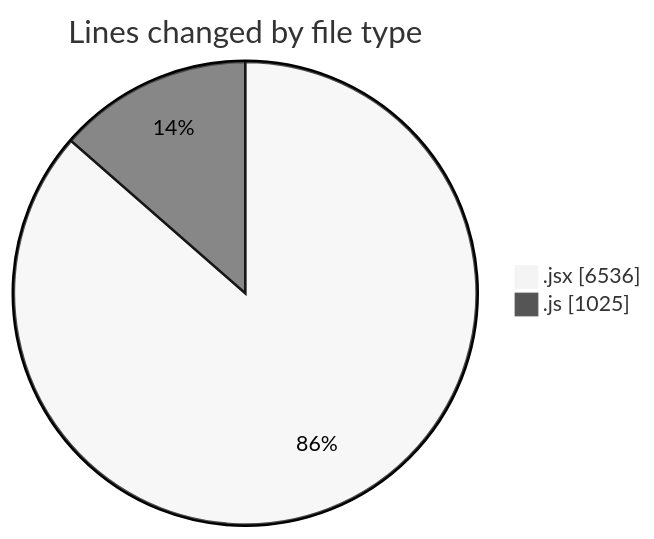
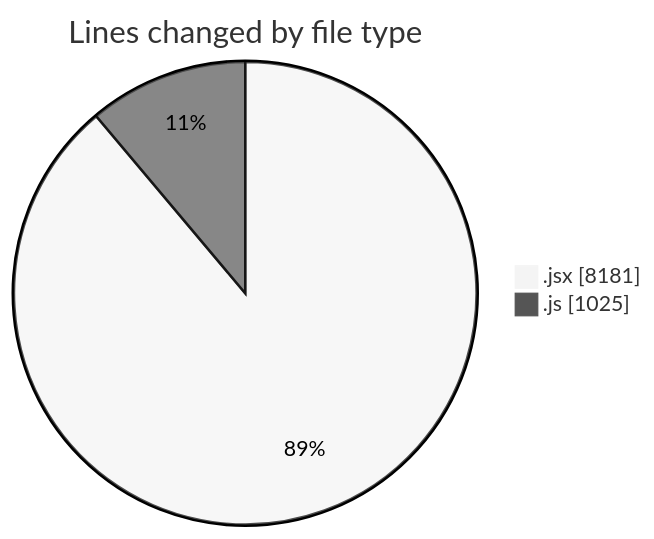
One commit to nxtqubesakshisongat/code-tracking changed the first of 2 diagrams in 2025-07-21/nxtqube_webapp/README.md. Above: the diagram before and after it, drawn with Mermaid (neutral theme). The commit also changed other lines of this file and 1 other file, not shown here.

````diff
--- a/2025-07-21/nxtqube_webapp/README.md
+++ b/2025-07-21/nxtqube_webapp/README.md
@@ -29,6 +30,6 @@
 ```mermaid
 pie showData
 title Lines changed by file type
-".jsx" : 6536
+".jsx" : 8181
 ".js" : 1025
 ```
````
